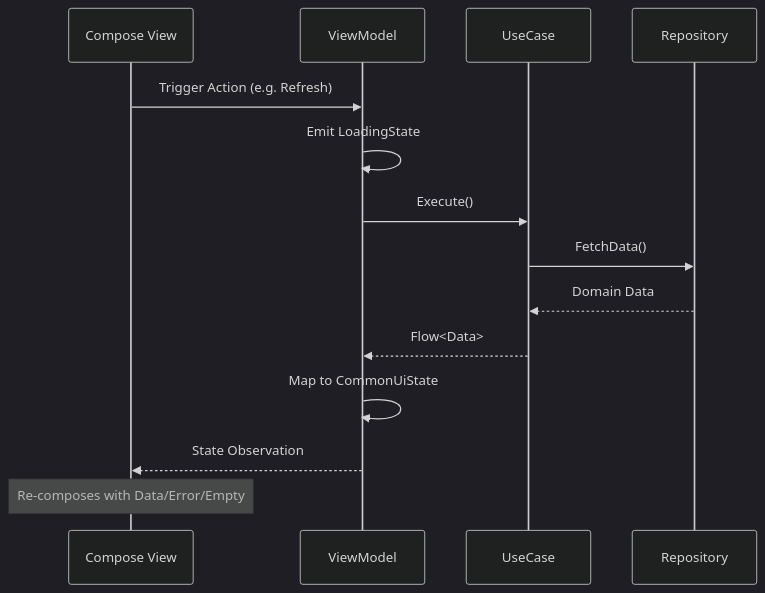
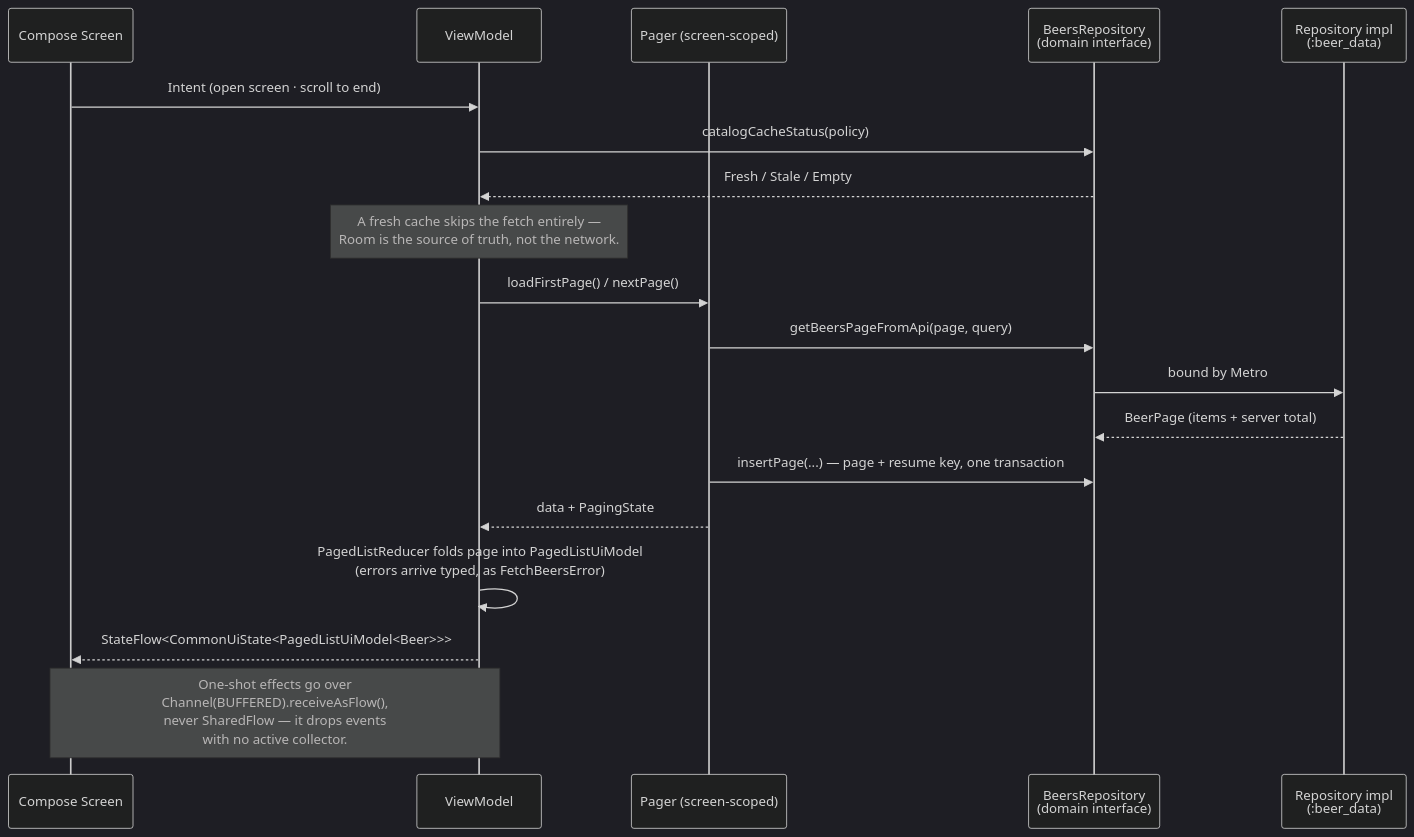
The second of 2 diagrams in README.md (simtop/BillionBeers), drawn with Mermaid (dark theme) before and after one commit. The commit also changed other lines of this file, not shown here.

First line of the commit message:
docs: correct the README architecture diagrams and stack table

````diff
--- a/README.md
+++ b/README.md
@@ -59,17 +112,22 @@
 ```mermaid
 sequenceDiagram
-    participant UI as Compose View
+    participant UI as Compose Screen
     participant VM as ViewModel
-    participant UC as UseCase
-    participant Repo as Repository
+    participant Pager as Pager (screen-scoped)
+    participant Repo as BeersRepository<br/>(domain interface)
+    participant Impl as Repository impl<br/>(:beer_data)
 
-    UI->>VM: Trigger Action (e.g. Refresh)
-    VM->>VM: Emit LoadingState
-    VM->>UC: Execute()
-    UC->>Repo: FetchData()
-    Repo-->>UC: Domain Data
-    UC-->>VM: Flow<Data>
-    VM->>VM: Map to CommonUiState
-    VM-->>UI: State Observation
-    Note over UI: Re-composes with Data/Error/Empty
+    UI->>VM: Intent (open screen · scroll to end)
+    VM->>Repo: catalogCacheStatus(policy)
+    Repo-->>VM: Fresh / Stale / Empty
+    Note over VM: A fresh cache skips the fetch entirely —<br/>Room is the source of truth, not the network.
+    VM->>Pager: loadFirstPage() / nextPage()
+    Pager->>Repo: getBeersPageFromApi(page, query)
+    Repo->>Impl: bound by Metro
+    Impl-->>Repo: BeerPage (items + server total)
+    Pager->>Repo: insertPage(...) — page + resume key, one transaction
+    Pager-->>VM: data + PagingState
+    VM->>VM: PagedListReducer folds page into PagedListUiModel<br/>(errors arrive typed, as FetchBeersError)
+    VM-->>UI: StateFlow<CommonUiState<PagedListUiModel<Beer>>>
+    Note over VM,UI: One-shot effects go over<br/>Channel(BUFFERED).receiveAsFlow(),<br/>never SharedFlow — it drops events<br/>with no active collector.
 ```
````
